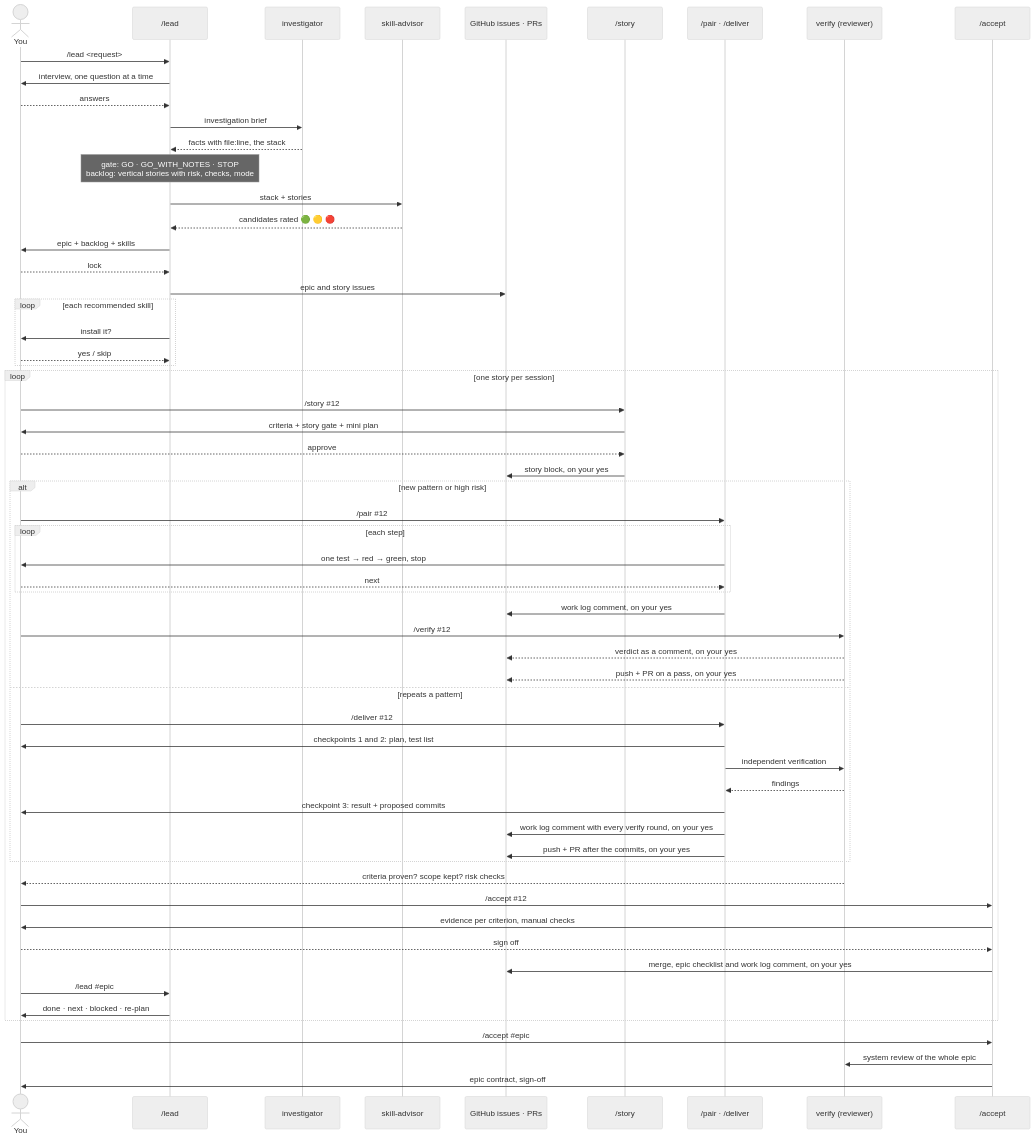
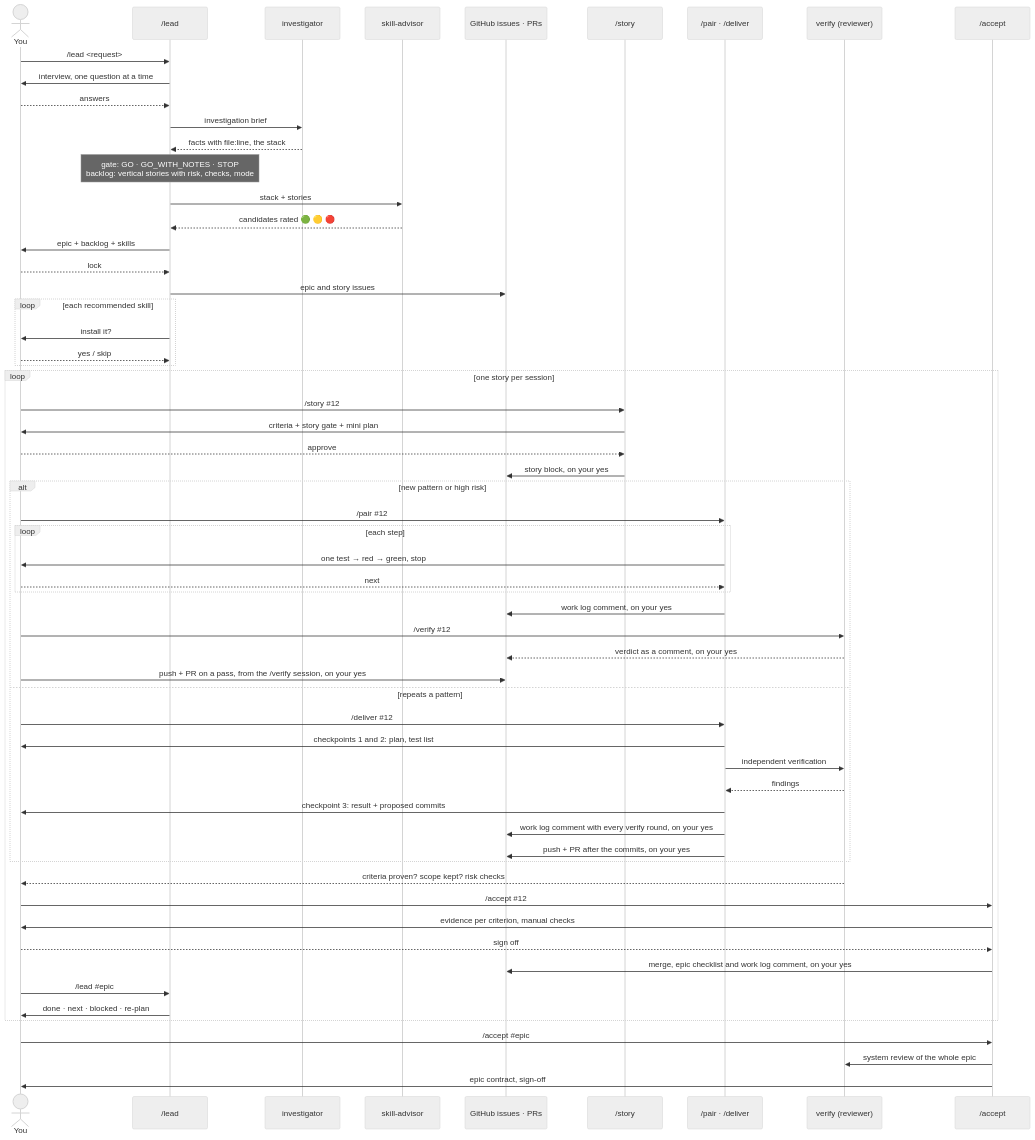
One commit to bitIO/wheelhouse changed the second of 2 diagrams in docs/flow.md. Above: the diagram before and after it, drawn with Mermaid (neutral theme). The commit also changed 2 other files, not shown here.

Commit message:
fix(accept): find the story's PR by its closing issue, not the checked-out branch

````diff
--- a/docs/flow.md
+++ b/docs/flow.md
@@ -49,65 +49,65 @@
 ```mermaid
 sequenceDiagram
     actor You
     participant Lead as /lead
     participant Inv as investigator
     participant Adv as skill-advisor
     participant GH as GitHub issues · PRs
     participant Story as /story
     participant Build as /pair · /deliver
     participant Rev as verify (reviewer)
     participant Acc as /accept
 
     You->>Lead: /lead <request>
     Lead->>You: interview, one question at a time
     You-->>Lead: answers
     Lead->>Inv: investigation brief
     Inv-->>Lead: facts with file:line, the stack
     Note over Lead: gate: GO · GO_WITH_NOTES · STOP<br/>backlog: vertical stories with risk, checks, mode
     Lead->>Adv: stack + stories
     Adv-->>Lead: candidates rated 🟢 🟡 🔴
     Lead->>You: epic + backlog + skills
     You-->>Lead: lock
     Lead->>GH: epic and story issues
     loop each recommended skill
         Lead->>You: install it?
         You-->>Lead: yes / skip
     end
 
     loop one story per session
         You->>Story: /story #35;12
         Story->>You: criteria + story gate + mini plan
         You-->>Story: approve
         Story->>GH: story block, on your yes
         alt new pattern or high risk
             You->>Build: /pair #35;12
             loop each step
                 Build->>You: one test → red → green, stop
                 You-->>Build: next
             end
             Build->>GH: work log comment, on your yes
             You->>Rev: /verify #35;12
             Rev-->>GH: verdict as a comment, on your yes
-            Rev-->>GH: push + PR on a pass, on your yes
+            You->>GH: push + PR on a pass, from the /verify session, on your yes
         else repeats a pattern
             You->>Build: /deliver #35;12
             Build->>You: checkpoints 1 and 2: plan, test list
             Build->>Rev: independent verification
             Rev-->>Build: findings
             Build->>You: checkpoint 3: result + proposed commits
             Build->>GH: work log comment with every verify round, on your yes
             Build->>GH: push + PR after the commits, on your yes
         end
         Rev-->>You: criteria proven? scope kept? risk checks
         You->>Acc: /accept #35;12
         Acc->>You: evidence per criterion, manual checks
         You-->>Acc: sign off
         Acc->>GH: merge, epic checklist and work log comment, on your yes
         You->>Lead: /lead #35;epic
         Lead->>You: done · next · blocked · re-plan
     end
 
     You->>Acc: /accept #35;epic
     Acc->>Rev: system review of the whole epic
     Acc->>You: epic contract, sign-off
 ```
````
